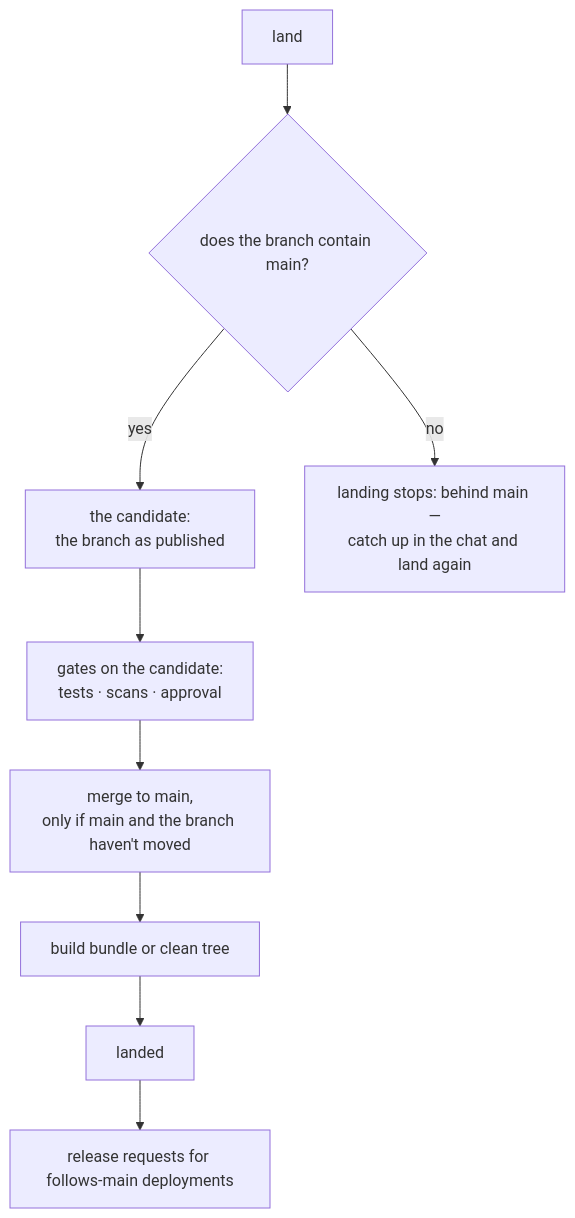
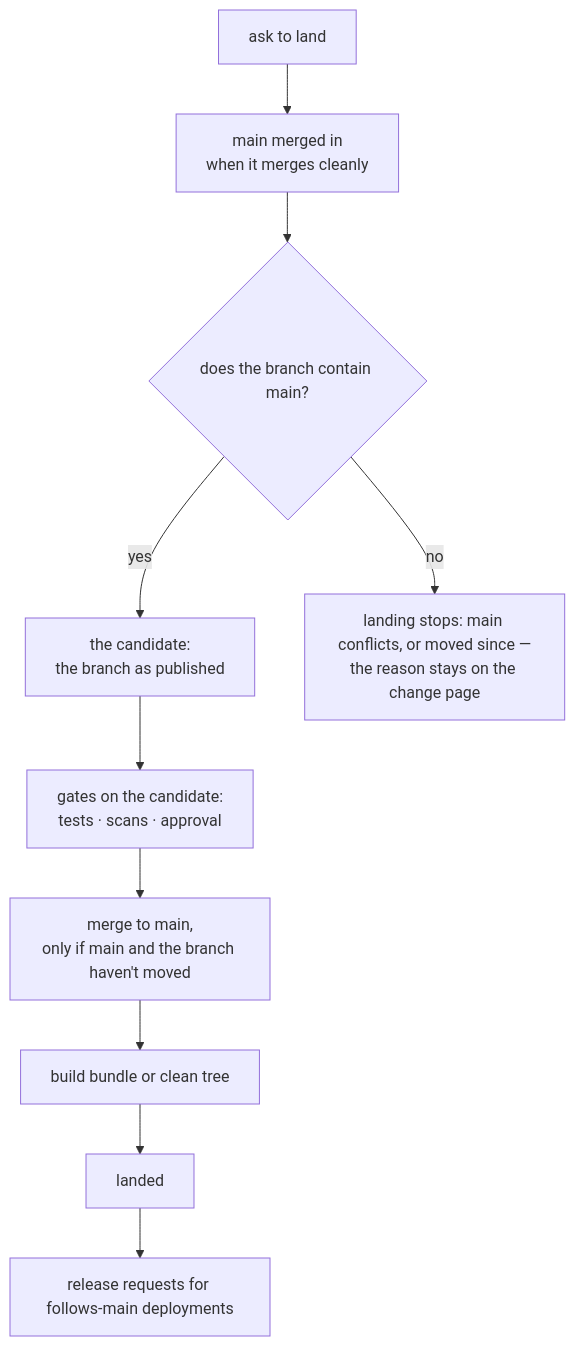
Before and after one commit to flokkit/apptown: the second of 2 diagrams in stock/docs/guides/changes-and-main.md, drawn with Mermaid. The commit also changed other lines of this file and 54 other files, not shown here.

````diff
--- a/stock/docs/guides/changes-and-main.md
+++ b/stock/docs/guides/changes-and-main.md
@@ -160,15 +177,17 @@
 ```mermaid
 flowchart TD
-    S["land"] --> R{"does the branch contain main?"}
+    A["ask to land"] --> M["main merged in
+when it merges cleanly"]
+    M --> R{"does the branch contain main?"}
     R -->|yes| C["the candidate:
 the branch as published"]
-    R -->|no| X["landing stops: behind main —
-catch up in the chat and land again"]
+    R -->|no| X["landing stops: main conflicts, or moved since —
+the reason stays on the change page"]
     C --> G["gates on the candidate:
 tests · scans · approval"]
     G --> MG["merge to main,
 only if main and the branch haven't moved"]
     MG --> B["build bundle or clean tree"]
     B --> L["landed"]
     L --> D["release requests for follows-main deployments"]
 ```
````
